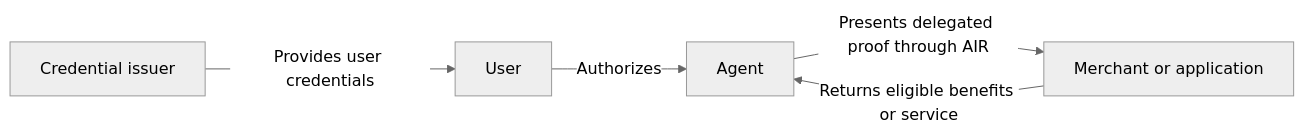
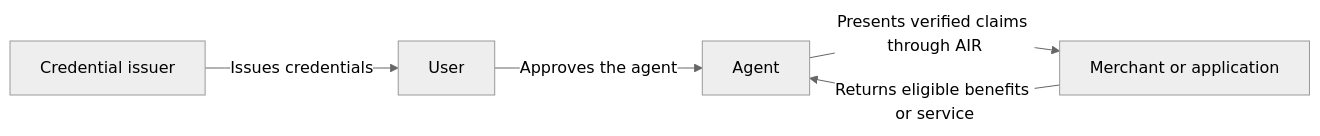
Before and after one commit to MocaNetwork/docs: the diagram in agentic-identity/index.mdx, drawn with Mermaid (neutral theme). The commit also changed other lines of this file and 49 other files, not shown here.

````diff
--- a/agentic-identity/index.mdx
+++ b/agentic-identity/index.mdx
@@ -39,7 +38,7 @@
 ```mermaid
 flowchart LR
-    U[User] -->|Authorizes| A[Agent]
-    I[Credential issuer] -->|Provides user credentials| U
-    A -->|Presents delegated proof through AIR| M[Merchant or application]
+    U[User] -->|Approves the agent| A[Agent]
+    I[Credential issuer] -->|Issues credentials| U
+    A -->|Presents verified claims through AIR| M[Merchant or application]
     M -->|Returns eligible benefits or service| A
 ```
````
